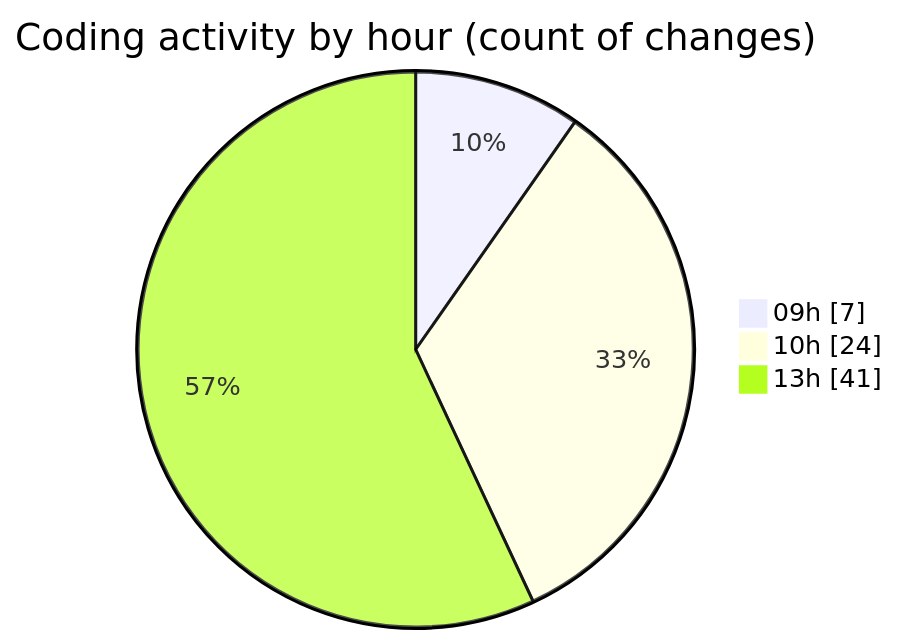
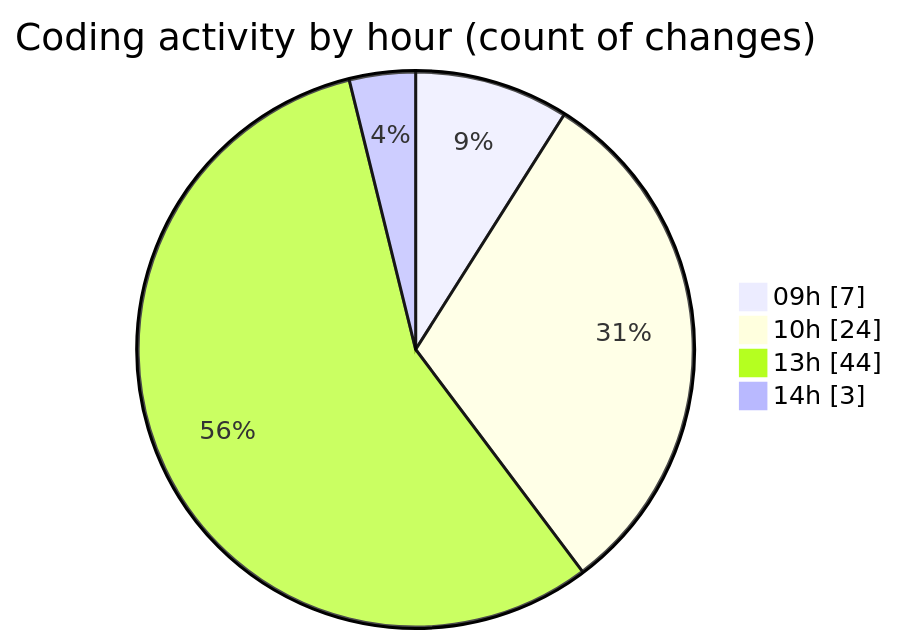
The second of 2 diagrams in 2025-04-10/cda/README.md (momahboobian/code-tracking), drawn with Mermaid before and after one commit. The commit also changed other lines of this file and 1 other file, not shown here.

````diff
--- a/2025-04-10/cda/README.md
+++ b/2025-04-10/cda/README.md
@@ -32,7 +32,8 @@
 ```mermaid
 pie showData
 title Coding activity by hour (count of changes)
 "09h" : 7
 "10h" : 24
-"13h" : 41
+"13h" : 44
+"14h" : 3
 ```
````
